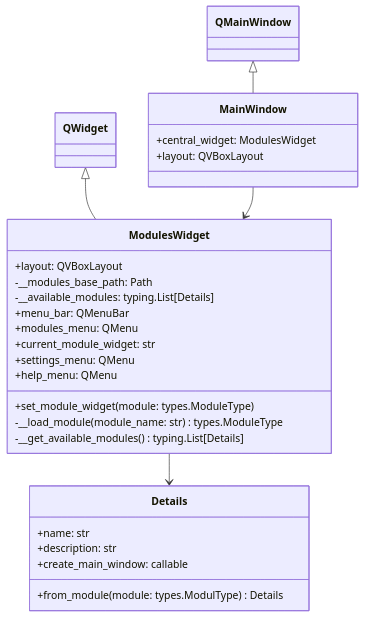
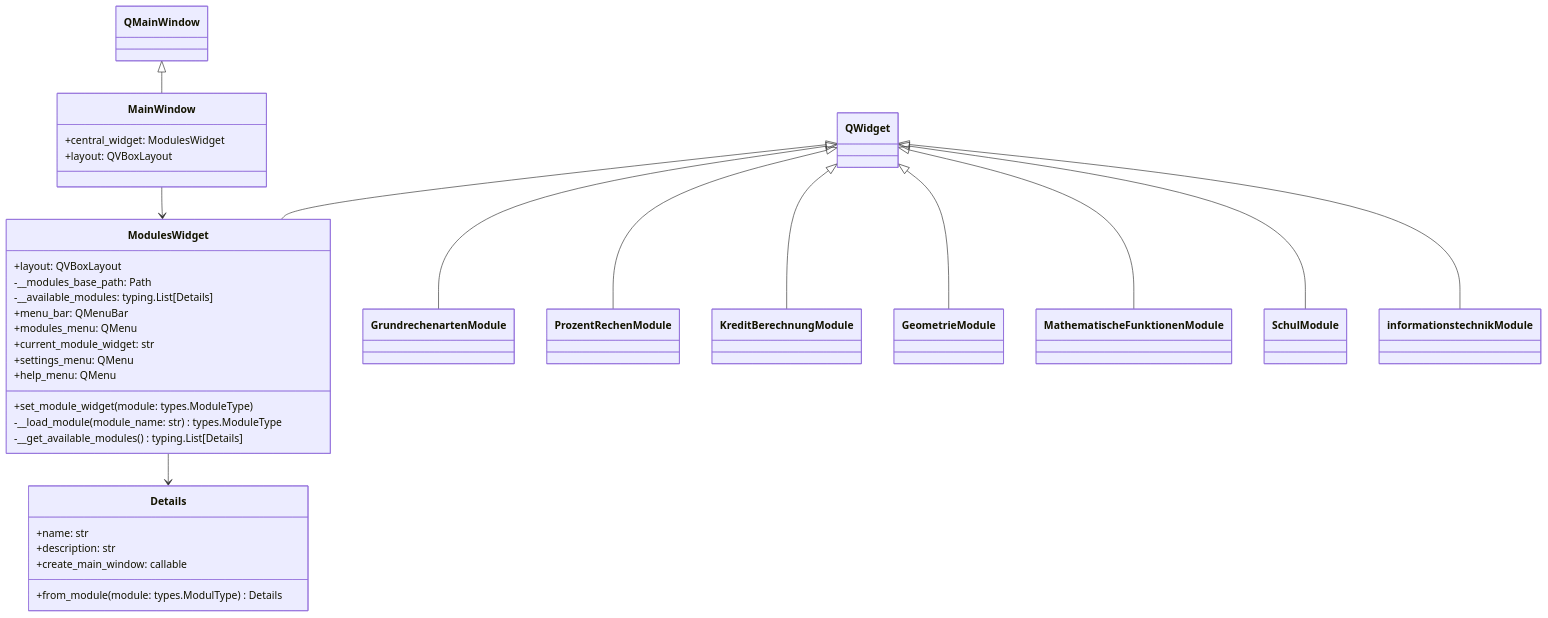
Before and after one commit to Katze719/JustForYou: the diagram in docs/Klassendiagramm/MAIN_WINDOW.md, drawn with Mermaid.

Commit message:
erweiterung vom klassendiagramm

````diff
--- a/docs/Klassendiagramm/MAIN_WINDOW.md
+++ b/docs/Klassendiagramm/MAIN_WINDOW.md
@@ -1,45 +1,54 @@
 ```mermaid
 classDiagram
     class QWidget {
         
     }
     
     QWidget <|-- ModulesWidget 
     
     class ModulesWidget {
         +layout: QVBoxLayout
         -__modules_base_path: Path
         -__available_modules: typing.List[Details]
         +menu_bar: QMenuBar
         +modules_menu: QMenu
         +current_module_widget: str
         +settings_menu: QMenu
         +help_menu: QMenu
         
         +set_module_widget(module: types.ModuleType)
         -__load_module(module_name: str) types.ModuleType
         -__get_available_modules() typing.List[Details]
     }
     
     ModulesWidget --> Details
     
     class Details {
         +name: str
         +description: str
         +create_main_window: callable
         
         +from_module(module: types.ModulType) Details
     }
     
     class QMainWindow {
         
     }
     
     QMainWindow <|-- MainWindow
     MainWindow --> ModulesWidget
     class MainWindow {
         +central_widget: ModulesWidget
         +layout: QVBoxLayout
     }
     
+    QWidget <|-- GrundrechenartenModule
+    QWidget <|-- ProzentRechenModule
+    QWidget <|-- KreditBerechnungModule
+    QWidget <|-- GeometrieModule
+    QWidget <|-- MathematischeFunktionenModule
+    QWidget <|-- SchulModule
+    QWidget <|-- informationstechnikModule
+    
+    
 ```
````
